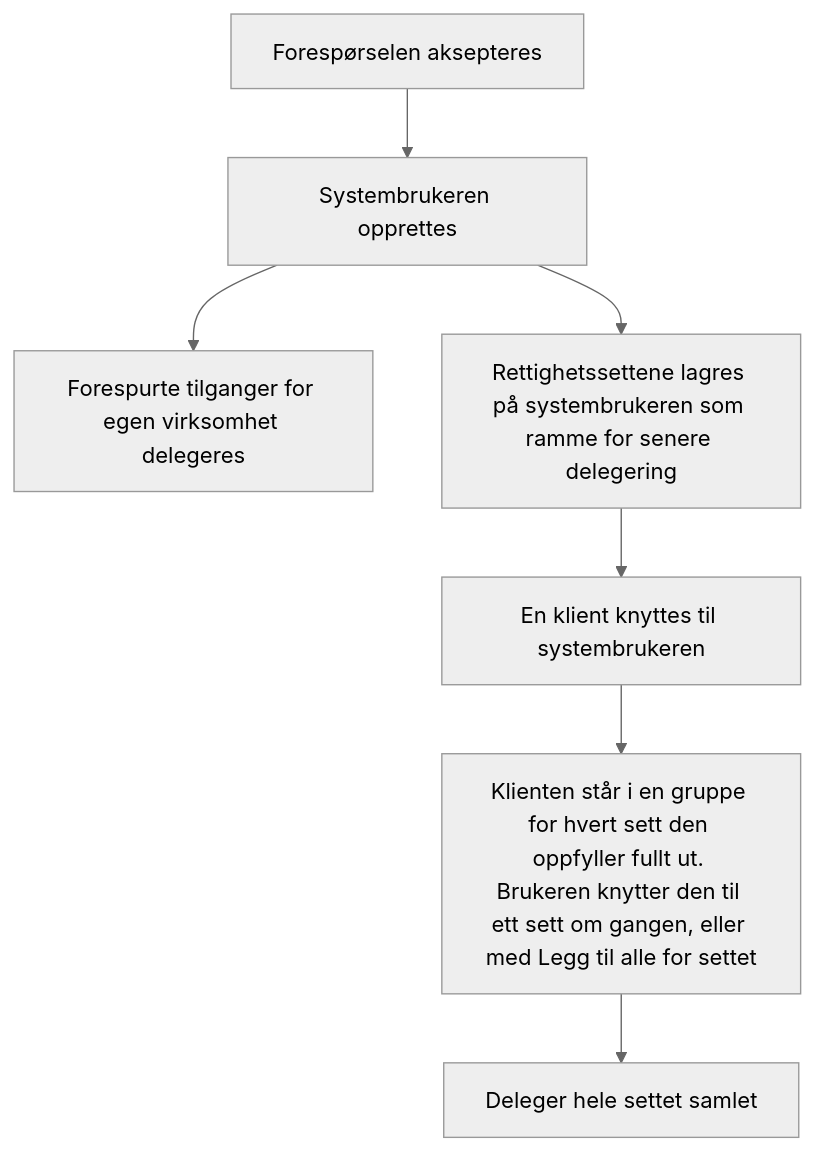
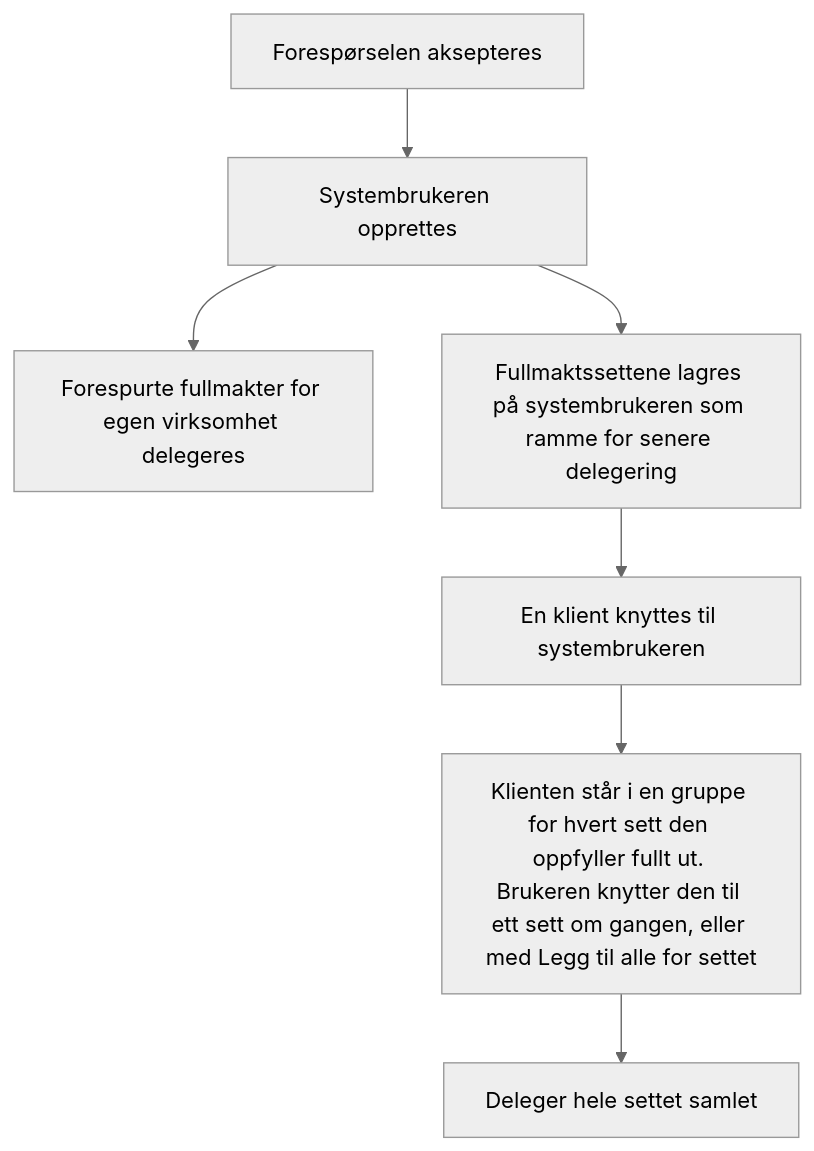
The third of 7 diagrams in content/authorization/guides/system-vendor/system-user/beslutningstre.nb.md (Altinn/altinn-studio-docs), drawn with Mermaid (neutral theme) before and after one commit. The commit also changed other lines of this file and 3 other files, not shown here.

```diff
--- a/content/authorization/guides/system-vendor/system-user/beslutningstre.nb.md
+++ b/content/authorization/guides/system-vendor/system-user/beslutningstre.nb.md
@@ -61,9 +61,9 @@
 {{< mermaid >}}
 graph TD
   APPROVE["Forespørselen aksepteres"] --> CREATE["Systembrukeren opprettes"]
-  CREATE --> OWN["Forespurte tilganger for egen virksomhet delegeres"]
-  CREATE --> CLIENTCONFIG["Rettighetssettene lagres på systembrukeren som ramme for senere delegering"]
+  CREATE --> OWN["Forespurte fullmakter for egen virksomhet delegeres"]
+  CREATE --> CLIENTCONFIG["Fullmaktssettene lagres på systembrukeren som ramme for senere delegering"]
   CLIENTCONFIG --> LINK["En klient knyttes til systembrukeren"]
   LINK --> CHECK["Klienten står i en gruppe for hvert sett den oppfyller fullt ut. Brukeren knytter den til ett sett om gangen, eller med Legg til alle for settet"]
   CHECK --> DELEGATE["Deleger hele settet samlet"]
 {{< /mermaid >}}
```
